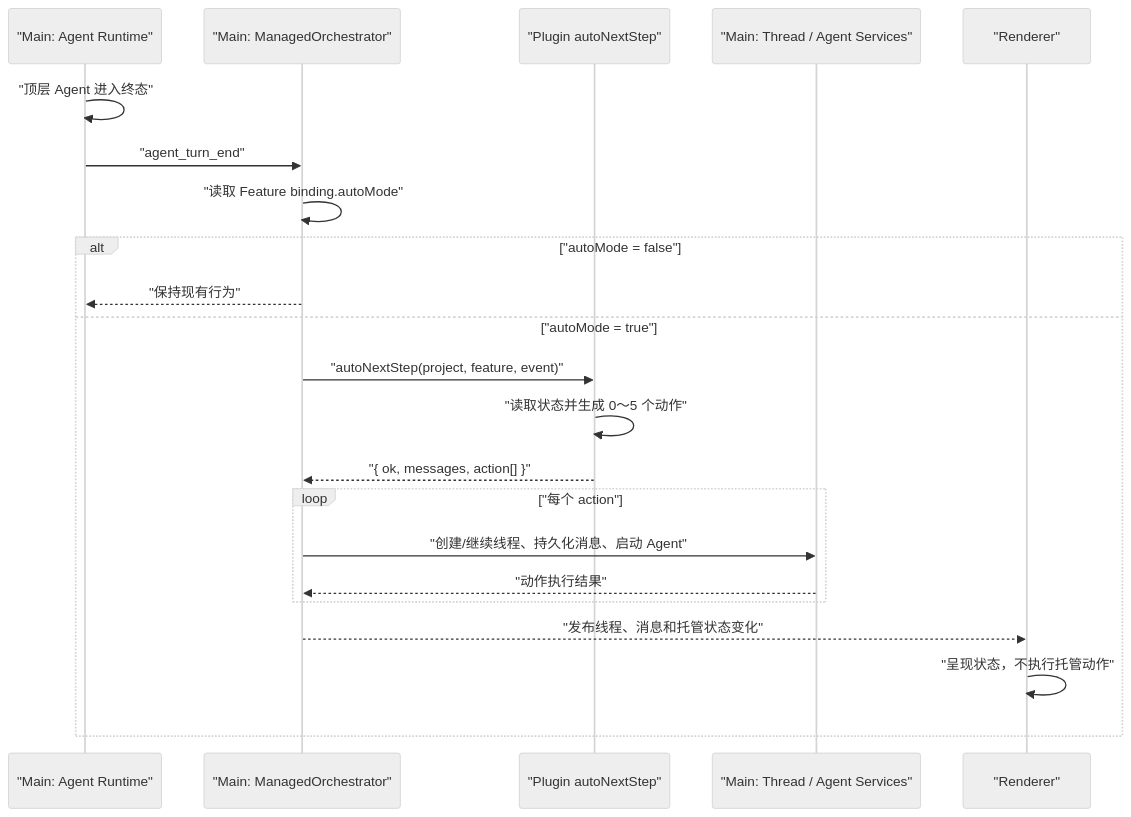
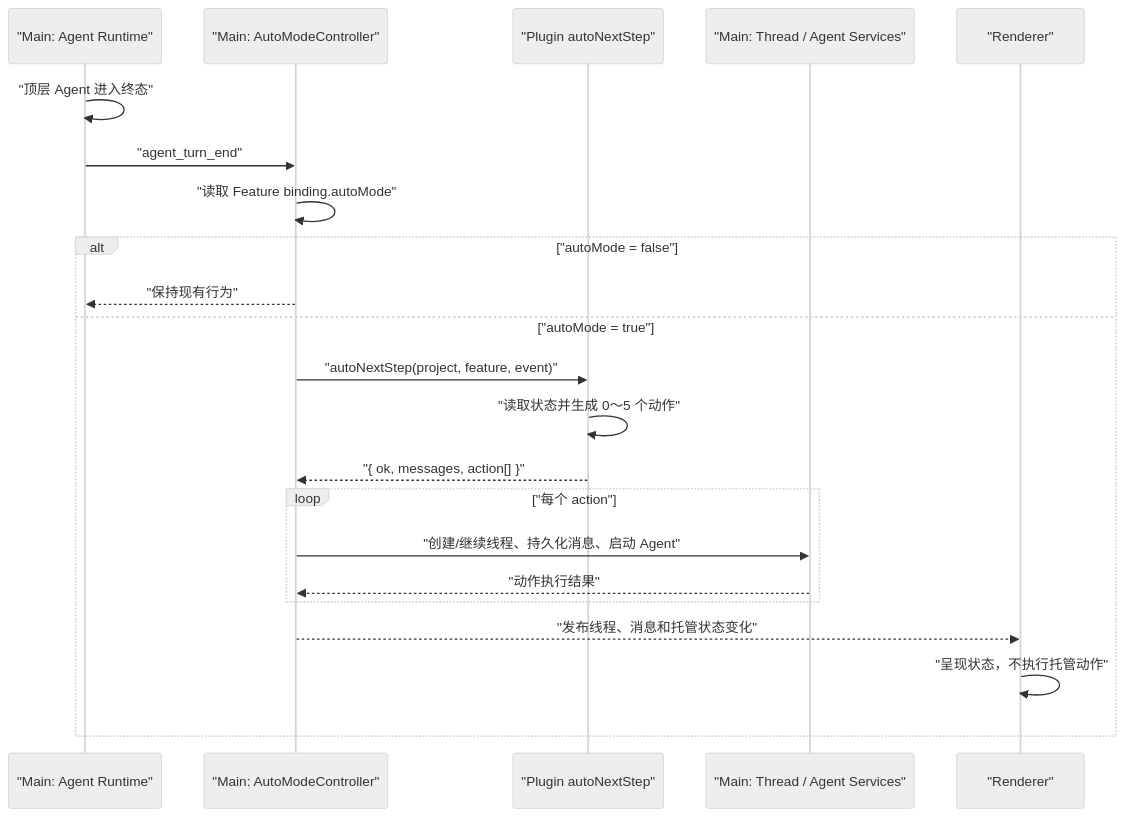
Before and after one commit to seanchen1993/CmbCoworkAgent: the diagram in docs/plans/2026-07-28-managed-mode-v1-design.md, drawn with Mermaid (neutral theme). The commit also changed other lines of this file, not shown here.

````diff
--- a/docs/plans/2026-07-28-managed-mode-v1-design.md
+++ b/docs/plans/2026-07-28-managed-mode-v1-design.md
@@ -120,25 +121,25 @@
 ```mermaid
 sequenceDiagram
     participant Runtime as "Main: Agent Runtime"
-    participant Orchestrator as "Main: ManagedOrchestrator"
+    participant Orchestrator as "Main: AutoModeController"
     participant Plugin as "Plugin autoNextStep"
     participant Services as "Main: Thread / Agent Services"
     participant Renderer as "Renderer"
 
     Runtime->>Runtime: "顶层 Agent 进入终态"
     Runtime->>Orchestrator: "agent_turn_end"
     Orchestrator->>Orchestrator: "读取 Feature binding.autoMode"
     alt "autoMode = false"
         Orchestrator-->>Runtime: "保持现有行为"
     else "autoMode = true"
         Orchestrator->>Plugin: "autoNextStep(project, feature, event)"
         Plugin->>Plugin: "读取状态并生成 0～5 个动作"
         Plugin-->>Orchestrator: "{ ok, messages, action[] }"
         loop "每个 action"
             Orchestrator->>Services: "创建/继续线程、持久化消息、启动 Agent"
             Services-->>Orchestrator: "动作执行结果"
         end
         Orchestrator-->>Renderer: "发布线程、消息和托管状态变化"
         Renderer->>Renderer: "呈现状态，不执行托管动作"
     end
 ```
````
